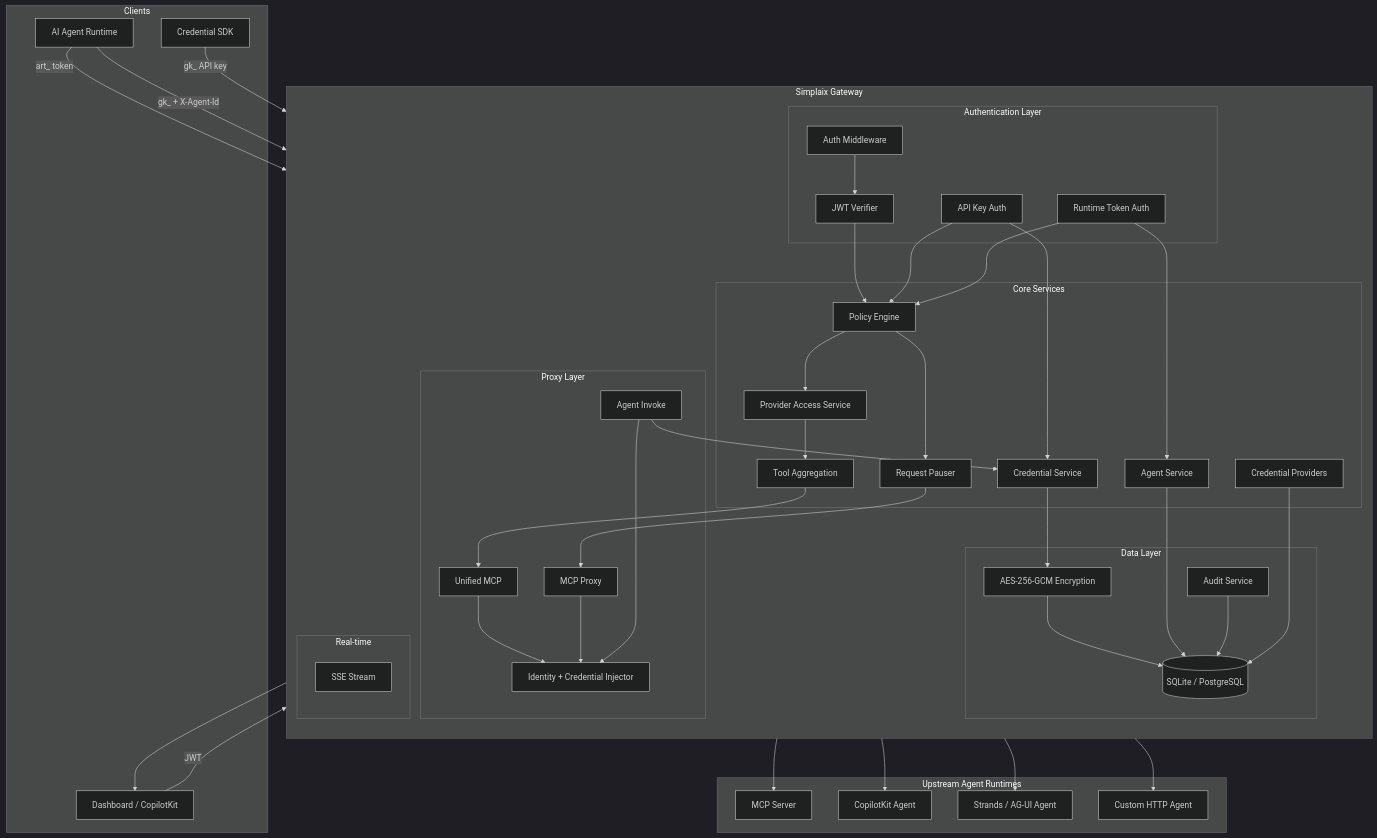
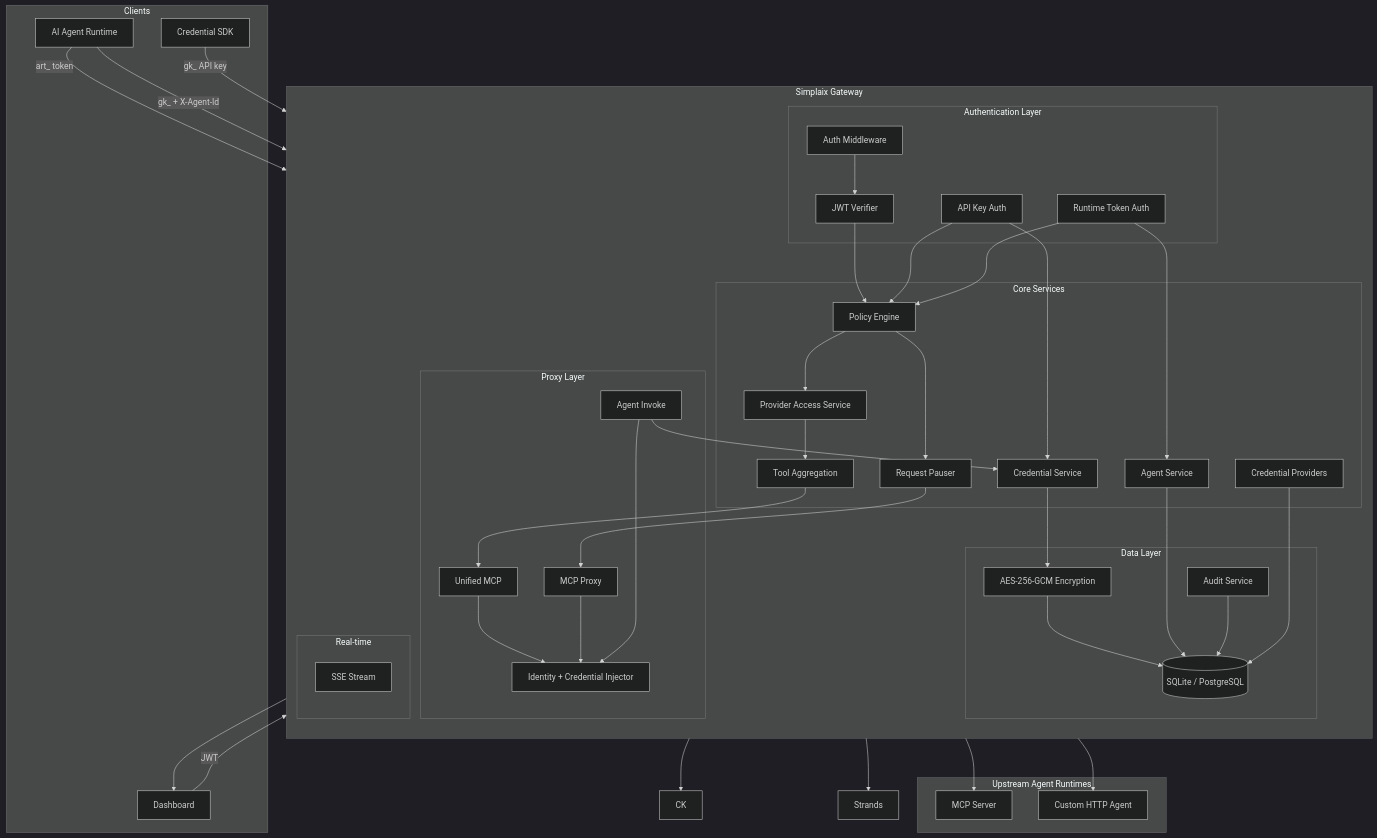
One commit to simplaix/simplaix-gateway changed the diagram in docs/content/docs/concepts/architecture.mdx. Above: the diagram before and after it, drawn with Mermaid (dark theme). The commit also changed other lines of this file and 4 other files, not shown here.

````diff
--- a/docs/content/docs/concepts/architecture.mdx
+++ b/docs/content/docs/concepts/architecture.mdx
@@ -10,7 +10,7 @@
 ```mermaid
 flowchart TB
     subgraph clients [Clients]
-        FE[Dashboard / CopilotKit]
+        FE[Dashboard]
         AI[AI Agent Runtime]
         SDK[Credential SDK]
     end
@@ -55,8 +55,6 @@
 
     subgraph upstreams [Upstream Agent Runtimes]
         MCP1[MCP Server]
-        CK[CopilotKit Agent]
-        Strands[Strands / AG-UI Agent]
         Custom[Custom HTTP Agent]
     end
 
````
